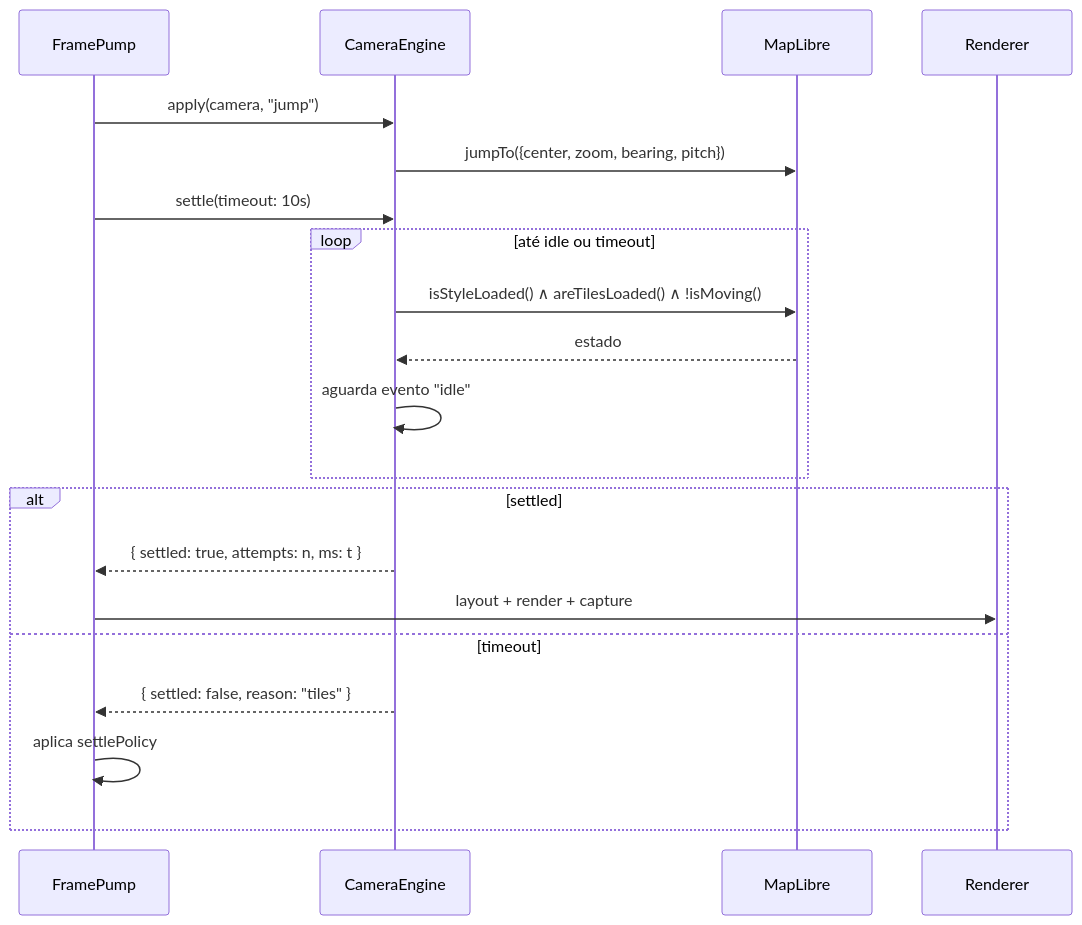
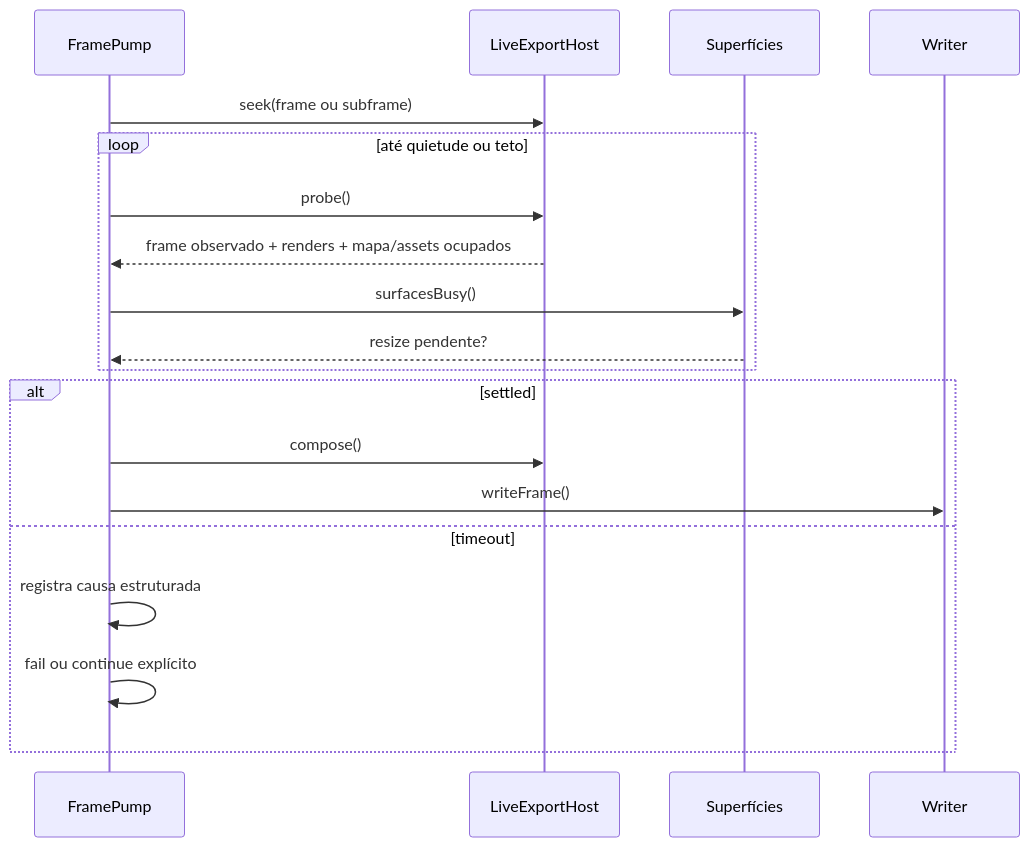
Before and after one commit to Syfer2025/mapli-ve: the second of 3 diagrams in docs/06-RENDER-PIPELINE.md, drawn with Mermaid. The commit also changed other lines of this file and 198 other files, not shown here.

````diff
--- a/docs/06-RENDER-PIPELINE.md
+++ b/docs/06-RENDER-PIPELINE.md
@@ -209,25 +223,23 @@
 ```mermaid
 sequenceDiagram
     participant FP as FramePump
-    participant CAM as CameraEngine
-    participant ML as MapLibre
-    participant REN as Renderer
+    participant HOST as LiveExportHost
+    participant SURF as Superfícies
+    participant WR as Writer
 
-    FP->>CAM: apply(camera, "jump")
-    CAM->>ML: jumpTo({center, zoom, bearing, pitch})
-    FP->>CAM: settle(timeout: 10s)
-
-    loop até idle ou timeout
-        CAM->>ML: isStyleLoaded() ∧ areTilesLoaded() ∧ !isMoving()
-        ML-->>CAM: estado
-        CAM->>CAM: aguarda evento "idle"
+    FP->>HOST: seek(frame ou subframe)
+    loop até quietude ou teto
+        FP->>HOST: probe()
+        HOST-->>FP: frame observado + renders + mapa/assets ocupados
+        FP->>SURF: surfacesBusy()
+        SURF-->>FP: resize pendente?
     end
 
     alt settled
-        CAM-->>FP: { settled: true, attempts: n, ms: t }
-        FP->>REN: layout + render + capture
+        FP->>HOST: compose()
+        FP->>WR: writeFrame()
     else timeout
-        CAM-->>FP: { settled: false, reason: "tiles" }
-        FP->>FP: aplica settlePolicy
+        FP->>FP: registra causa estruturada
+        FP->>FP: fail ou continue explícito
     end
 ```
````
